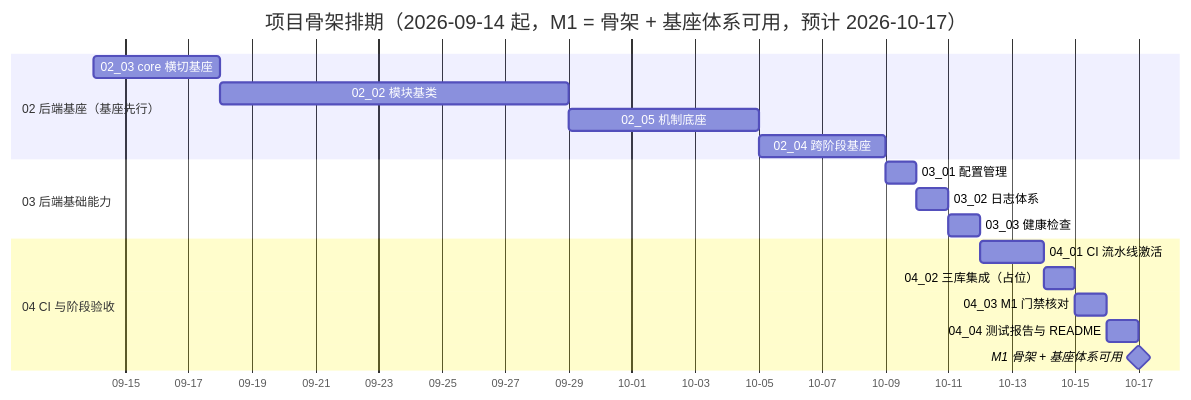
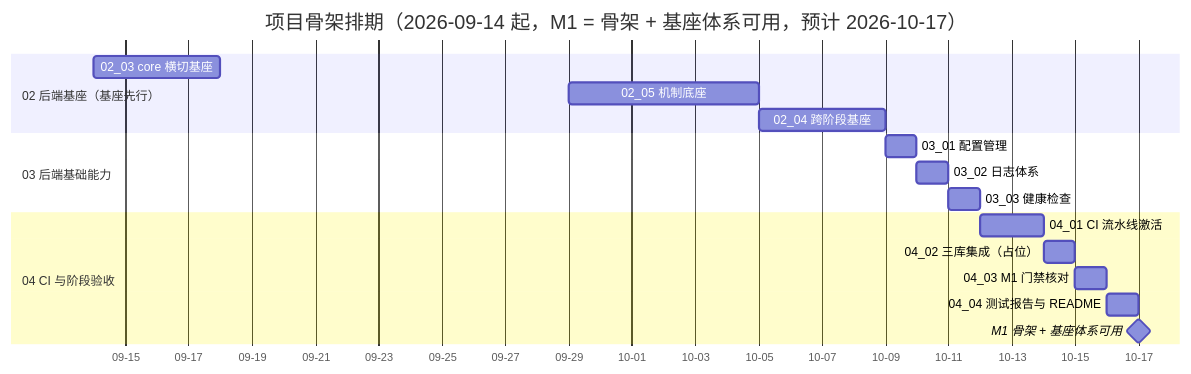
One commit to minjian123/basic-management-system changed the diagram in bms文档/项目/01_项目骨架/计划/01_计划_项目骨架.md. Above: the diagram before and after it, drawn with Mermaid. The commit also changed other lines of this file and 16 other files, not shown here.

````diff
--- a/bms文档/项目/01_项目骨架/计划/01_计划_项目骨架.md
+++ b/bms文档/项目/01_项目骨架/计划/01_计划_项目骨架.md
@@ -69,21 +69,20 @@
 ```mermaid
 gantt
     title 项目骨架排期（2026-09-14 起，M1 = 骨架 + 基座体系可用，预计 2026-10-17）
     dateFormat  YYYY-MM-DD
     axisFormat %m-%d
     section 02 后端基座（基座先行）
     02_03 core 横切基座    :a23, 2026-09-14, 4d
-    02_02 模块基类         :a22, 2026-09-18, 11d
     02_05 机制底座         :a25, 2026-09-29, 6d
     02_04 跨阶段基座       :a24, 2026-10-05, 4d
     section 03 后端基础能力
     03_01 配置管理         :a31, 2026-10-09, 1d
     03_02 日志体系         :a32, 2026-10-10, 1d
     03_03 健康检查         :a33, 2026-10-11, 1d
     section 04 CI 与阶段验收
     04_01 CI 流水线激活    :a41, 2026-10-12, 2d
     04_02 三库集成（占位） :a42, 2026-10-14, 1d
     04_03 M1 门禁核对      :a43, 2026-10-15, 1d
     04_04 测试报告与 README :a44, 2026-10-16, 1d
     M1 骨架 + 基座体系可用 :milestone, m1, 2026-10-17, 0d
 ```
````
